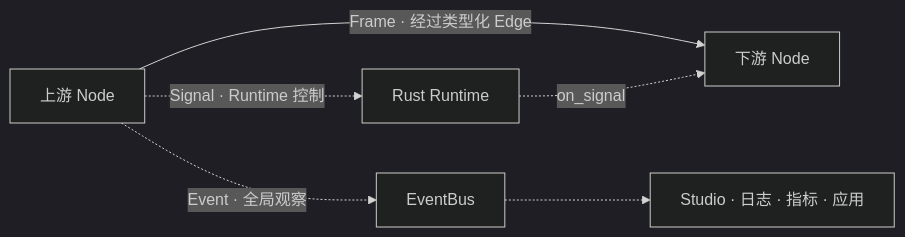
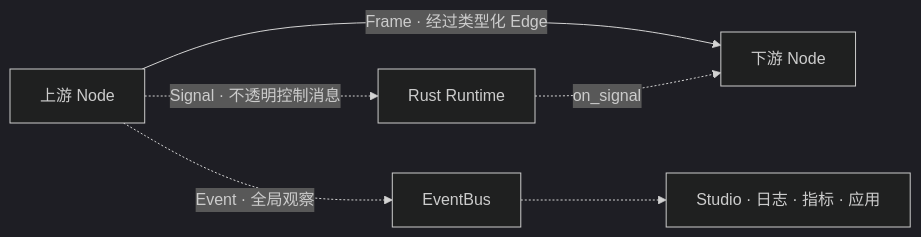
One commit to PiyotaHu/Voxa changed the diagram in docs/site/zh/realtime-control.md. Above: the diagram before and after it, drawn with Mermaid (dark theme). The commit also changed other lines of this file and 105 other files, not shown here.

````diff
--- a/docs/site/zh/realtime-control.md
+++ b/docs/site/zh/realtime-control.md
@@ -8,8 +8,8 @@
 ```mermaid
 flowchart LR
     N1["上游 Node"] -->|"Frame · 经过类型化 Edge"| N2["下游 Node"]
-    N1 -.->|"Signal · Runtime 控制"| R["Rust Runtime"]
+    N1 -.->|"Signal · 不透明控制消息"| R["Rust Runtime"]
     N1 -.->|"Event · 全局观察"| B["EventBus"]
     R -.->|"on_signal"| N2
     B -.-> UI["Studio · 日志 · 指标 · 应用"]
 ```
````
